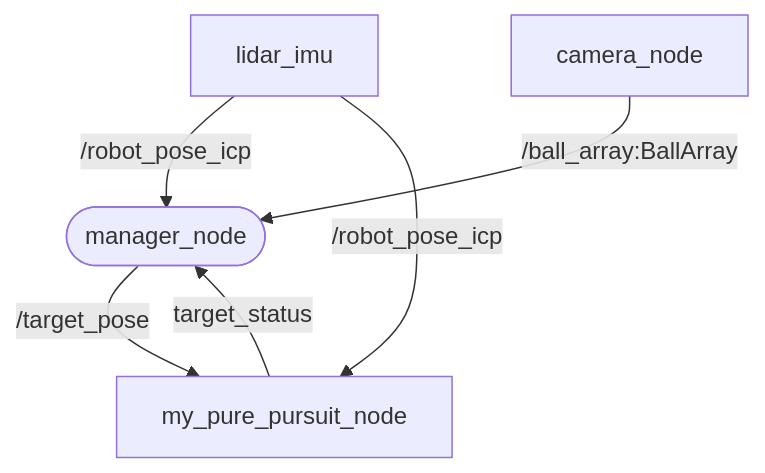
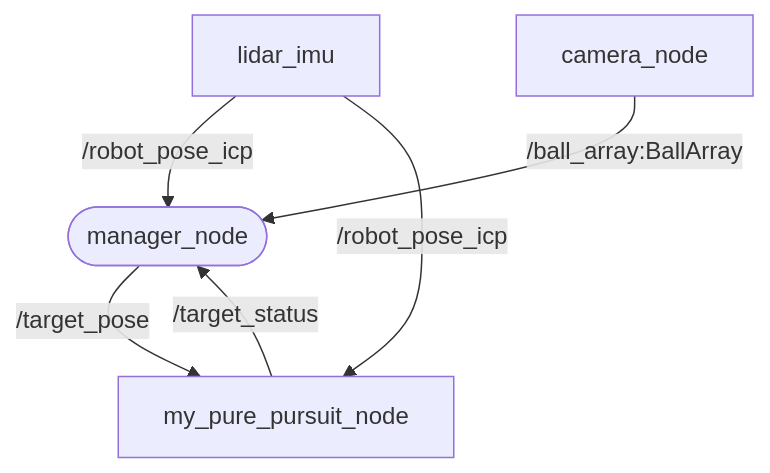
The diagram in src/self_driving/Readme.md (shary144/haru26_ws), drawn with Mermaid before and after one commit. The commit also changed other lines of this file and 2 other files, not shown here.

````diff
--- a/src/self_driving/Readme.md
+++ b/src/self_driving/Readme.md
@@ -20,8 +21,8 @@
 ```mermaid
 graph TD;
     A([manager_node])-->|/target_pose|B[my_pure_pursuit_node];
-    B-->|target_status|A
+    B-->|/target_status|A;
     C[lidar_imu]-->|/robot_pose_icp|A;
-    C-->|/robot_pose_icp|B
+    C-->|/robot_pose_icp|B;
     D[camera_node]-->|/ball_array:BallArray|A
 ```
````
